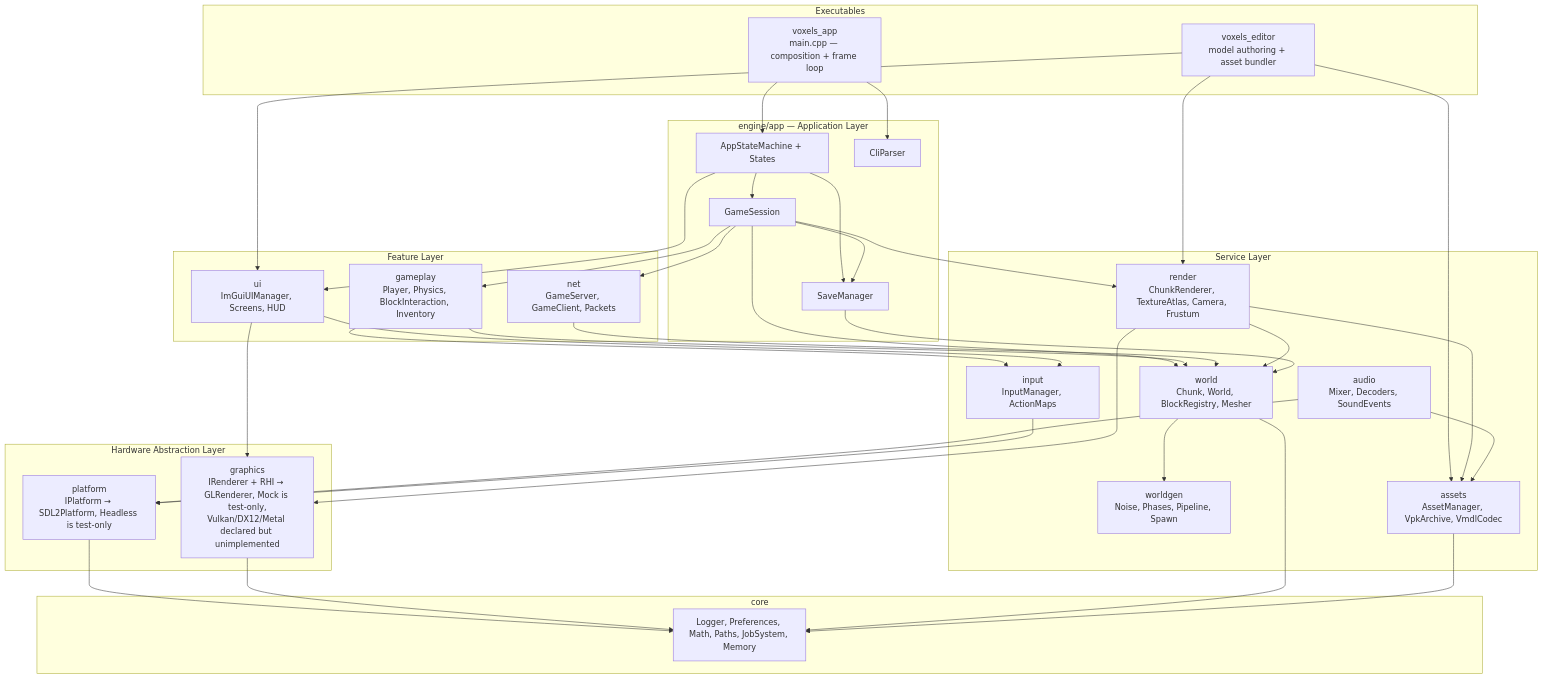
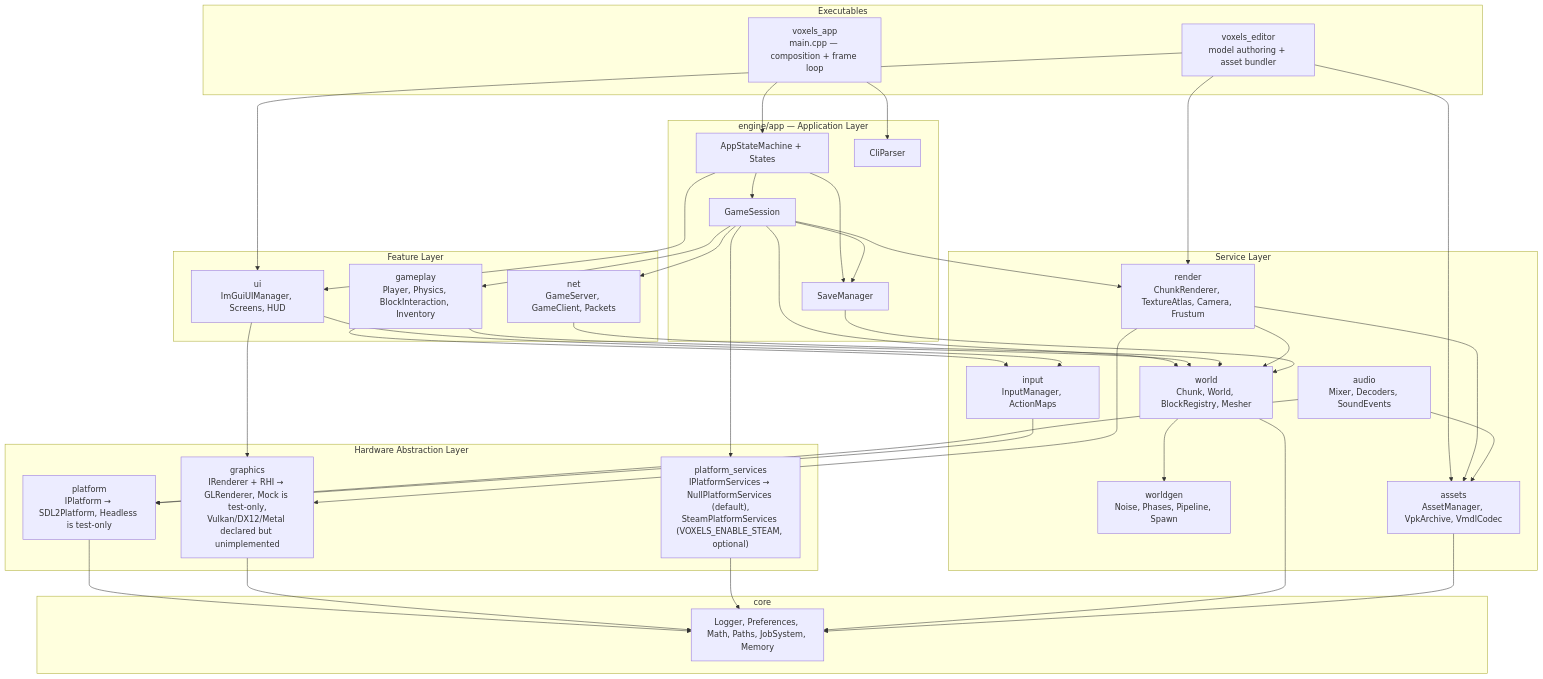
The first of 16 diagrams in DIAGRAMS.md (GoGurtPrime/voxels), drawn with Mermaid before and after one commit. The commit also changed other lines of this file and 4 other files, not shown here.

````diff
--- a/DIAGRAMS.md
+++ b/DIAGRAMS.md
@@ -13,69 +13,72 @@
 ```mermaid
 flowchart TD
     subgraph EXE["Executables"]
         APP["voxels_app<br/>main.cpp — composition + frame loop"]
         EDT["voxels_editor<br/>model authoring + asset bundler"]
     end
 
     subgraph APPLAYER["engine/app — Application Layer"]
         ASM["AppStateMachine + States"]
         SESS["GameSession"]
         CLI["CliParser"]
         SAVE["SaveManager"]
     end
 
     subgraph FEATURE["Feature Layer"]
         GP["gameplay<br/>Player, Physics, BlockInteraction, Inventory"]
         UI["ui<br/>ImGuiUIManager, Screens, HUD"]
         NET["net<br/>GameServer, GameClient, Packets"]
     end
 
     subgraph SERVICE["Service Layer"]
         WORLD["world<br/>Chunk, World, BlockRegistry, Mesher"]
         WGEN["worldgen<br/>Noise, Phases, Pipeline, Spawn"]
         REND["render<br/>ChunkRenderer, TextureAtlas, Camera, Frustum"]
         AUD["audio<br/>Mixer, Decoders, SoundEvents"]
         INP["input<br/>InputManager, ActionMaps"]
         AST["assets<br/>AssetManager, VpkArchive, VmdlCodec"]
     end
 
     subgraph HAL["Hardware Abstraction Layer"]
         PLAT["platform<br/>IPlatform → SDL2Platform, Headless is test-only"]
         GFX["graphics<br/>IRenderer + RHI → GLRenderer, Mock is test-only,<br/>Vulkan/DX12/Metal declared but unimplemented"]
+        PSVC["platform_services<br/>IPlatformServices → NullPlatformServices (default),<br/>SteamPlatformServices (VOXELS_ENABLE_STEAM, optional)"]
     end
 
     subgraph CORE["core"]
         CR["Logger, Preferences, Math, Paths, JobSystem, Memory"]
     end
 
     APP --> ASM
     APP --> CLI
     EDT --> AST
     EDT --> UI
     EDT --> REND
     ASM --> SESS
     ASM --> UI
     ASM --> SAVE
     SESS --> GP
     SESS --> NET
     SESS --> WORLD
     SESS --> REND
     SESS --> SAVE
     GP --> WORLD
     GP --> INP
     NET --> WORLD
     UI --> GFX
     UI --> INP
     WORLD --> WGEN
     REND --> WORLD
     REND --> GFX
     REND --> AST
     AUD --> AST
     AUD --> PLAT
     INP --> PLAT
     SAVE --> WORLD
+    SESS --> PSVC
     PLAT --> CR
     GFX --> CR
+    PSVC --> CR
     WORLD --> CR
     AST --> CR
 ```
````
